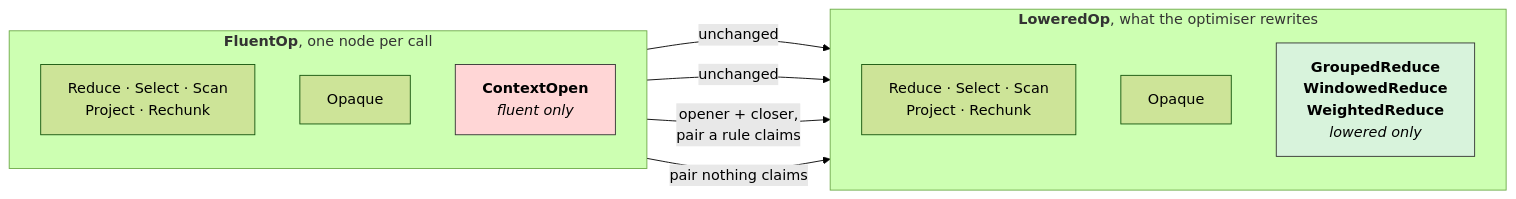
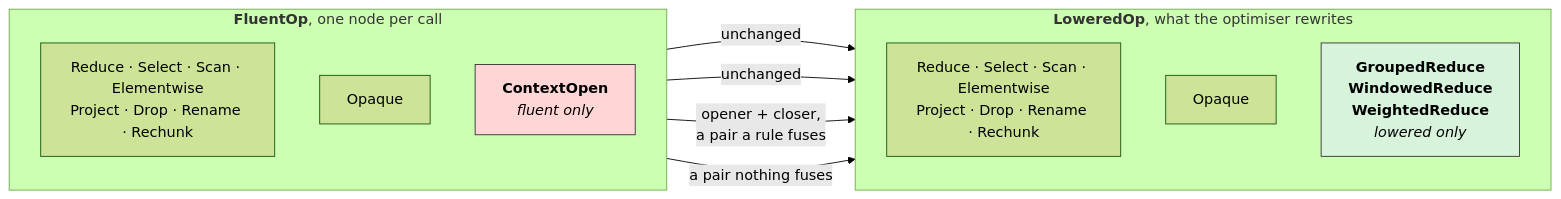
The diagram in docs/internals/ir.md (charles-turner-1/xrexpr), drawn with Mermaid (forest theme) before and after one commit. The commit also changed other lines of this file and 10 other files, not shown here.

````diff
--- a/docs/internals/ir.md
+++ b/docs/internals/ir.md
@@ -102,24 +105,24 @@
 ```{mermaid}
 flowchart LR
     subgraph fluent["<b>FluentOp</b>, one node per call"]
         direction TB
-        fShared["Reduce · Select · Scan<br/>Project · Rechunk"]
+        fShared["Reduce · Select · Scan · Elementwise<br/>Project · Drop · Rename · Rechunk"]
         fOpaque["Opaque"]
         fOpen["<b>ContextOpen</b><br/><i>fluent only</i>"]
     end
 
     subgraph lowered["<b>LoweredOp</b>, what the optimiser rewrites"]
         direction TB
-        lShared["Reduce · Select · Scan<br/>Project · Rechunk"]
+        lShared["Reduce · Select · Scan · Elementwise<br/>Project · Drop · Rename · Rechunk"]
         lOpaque["Opaque"]
         lFused["<b>GroupedReduce</b><br/><b>WindowedReduce</b><br/><b>WeightedReduce</b><br/><i>lowered only</i>"]
     end
 
     fShared -->|"unchanged"| lShared
     fOpaque -->|"unchanged"| lOpaque
-    fOpen -->|"opener + closer,<br/>pair a rule claims"| lFused
-    fOpen -->|"pair nothing claims"| lOpaque
+    fOpen -->|"opener + closer,<br/>a pair a rule fuses"| lFused
+    fOpen -->|"a pair nothing fuses"| lOpaque
 
     style fOpen fill:#ffd6d6,stroke:#333,color:#000
     style lFused fill:#d8f3dc,stroke:#333,color:#000
 ```
````
